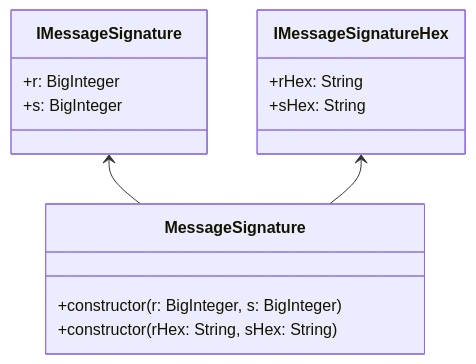
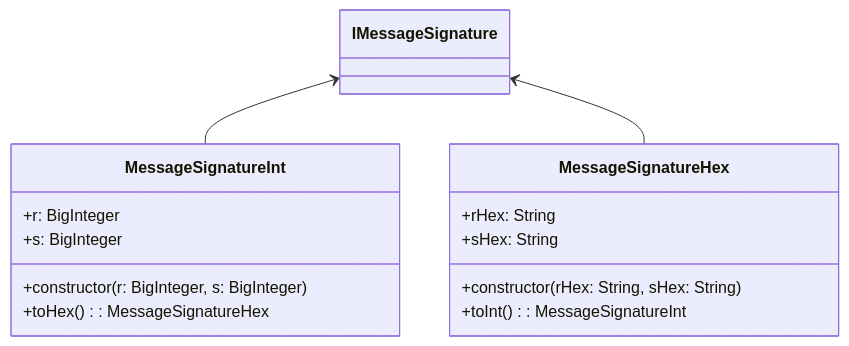
The second of 4 diagrams in src/kotlin/README.md (planet-nine-app/sessionless), drawn with Mermaid before and after one commit. The commit also changed other lines of this file, not shown here.

````diff
--- a/src/kotlin/README.md
+++ b/src/kotlin/README.md
@@ -40,18 +40,19 @@
 ```mermaid
 classDiagram
-  class IMessageSignature {
+  class IMessageSignature { }
+  class MessageSignatureInt {
     +r: BigInteger
     +s: BigInteger
+    +constructor(r: BigInteger, s: BigInteger)
+    +toHex(): MessageSignatureHex
   }
-  class IMessageSignatureHex {
+  class MessageSignatureHex {
     +rHex: String
     +sHex: String
-  }
-  class MessageSignature {
-    +constructor(r: BigInteger, s: BigInteger)
     +constructor(rHex: String, sHex: String)
+    +toInt(): MessageSignatureInt
   }
 
-  IMessageSignature <-- MessageSignature
-  IMessageSignatureHex <-- MessageSignature
+  IMessageSignature <-- MessageSignatureInt
+  IMessageSignature <-- MessageSignatureHex
 ```
````
